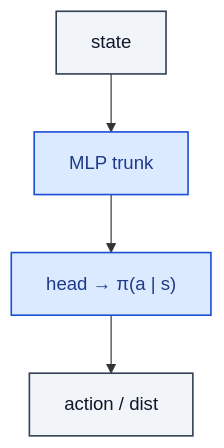
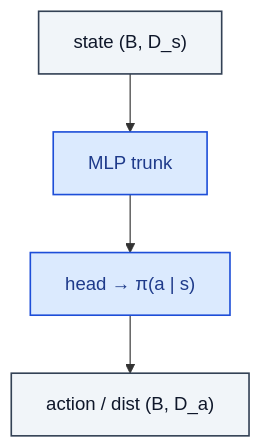
Before and after one commit to RealityShifts/Srivastava-book-of-Blocks-diagrams: the diagram in rl/PolicyNetwork.md, drawn with Mermaid. The commit also changed 123 other files, not shown here.

````diff
--- a/rl/PolicyNetwork.md
+++ b/rl/PolicyNetwork.md
@@ -7,19 +7,20 @@
 ```mermaid
 flowchart TD
-    n0_0["state"]:::io
+    n0_0["state  (B, D_s)"]:::io
     n1_0["MLP trunk"]:::op
     n2_0["head → π(a | s)"]:::op
-    n3_0["action / dist"]:::io
+    n3_0["action / dist  (B, D_a)"]:::io
     n0_0 --> n1_0
     n1_0 --> n2_0
     n2_0 --> n3_0
     classDef io fill:#f1f5f9,stroke:#334155,stroke-width:1.4px,color:#0f172a
     classDef op fill:#dbeafe,stroke:#1d4ed8,stroke-width:1.4px,color:#1e3a8a
     classDef norm fill:#dcfce7,stroke:#15803d,stroke-width:1.4px,color:#14532d
     classDef act fill:#ffedd5,stroke:#c2410c,stroke-width:1.4px,color:#7c2d12
     classDef attn fill:#ede9fe,stroke:#6d28d9,stroke-width:1.4px,color:#4c1d95
     classDef merge fill:#fef3c7,stroke:#b45309,stroke-width:1.4px,color:#78350f
     classDef emb fill:#fef9c3,stroke:#a16207,stroke-width:1.4px,color:#713f12
     classDef loss fill:#fee2e2,stroke:#b91c1c,stroke-width:1.4px,color:#7f1d1d
     classDef ctrl fill:#f5f5f4,stroke:#52525b,stroke-width:1.4px,color:#27272a
+    classDef ref fill:#e0f2fe,stroke:#0369a1,stroke-width:2px,color:#0c4a6e,stroke-dasharray: 4 2
 ```
````
